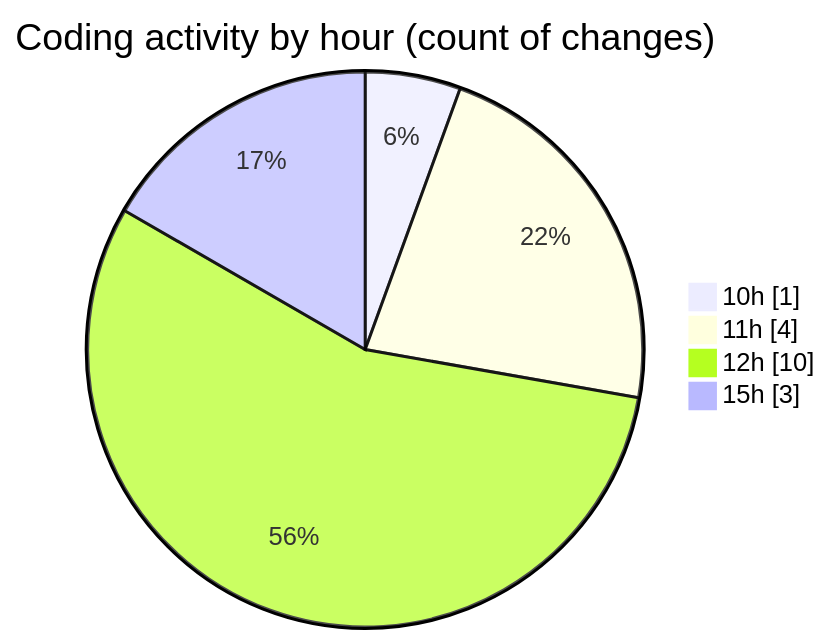
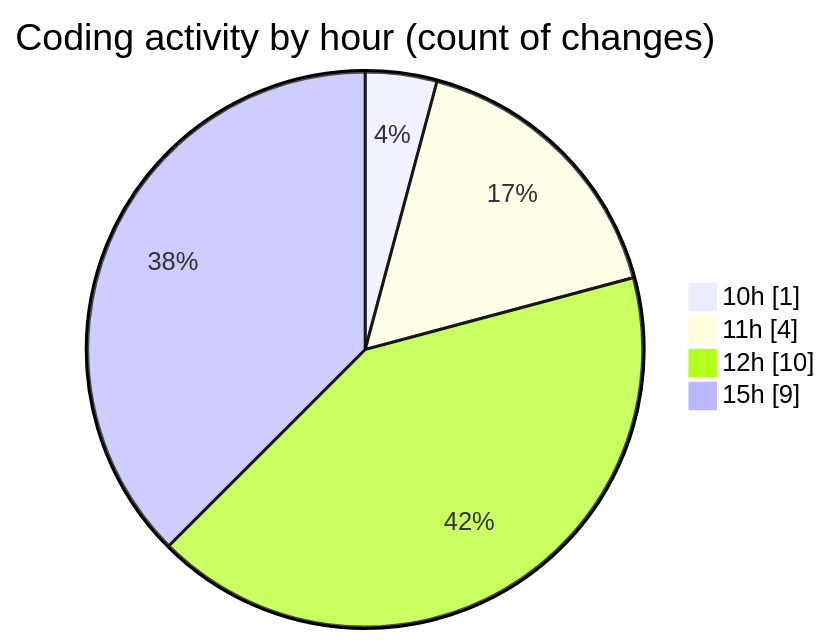
Before and after one commit to debugP/code-tracking: the second of 2 diagrams in 2025-10-08/untitled__workspace_/README.md, drawn with Mermaid. The commit also changed other lines of this file and 1 other file, not shown here.

````diff
--- a/2025-10-08/untitled__workspace_/README.md
+++ b/2025-10-08/untitled__workspace_/README.md
@@ -30,8 +31,8 @@
 ```mermaid
 pie showData
 title Coding activity by hour (count of changes)
 "10h" : 1
 "11h" : 4
 "12h" : 10
-"15h" : 3
+"15h" : 9
 ```
````
